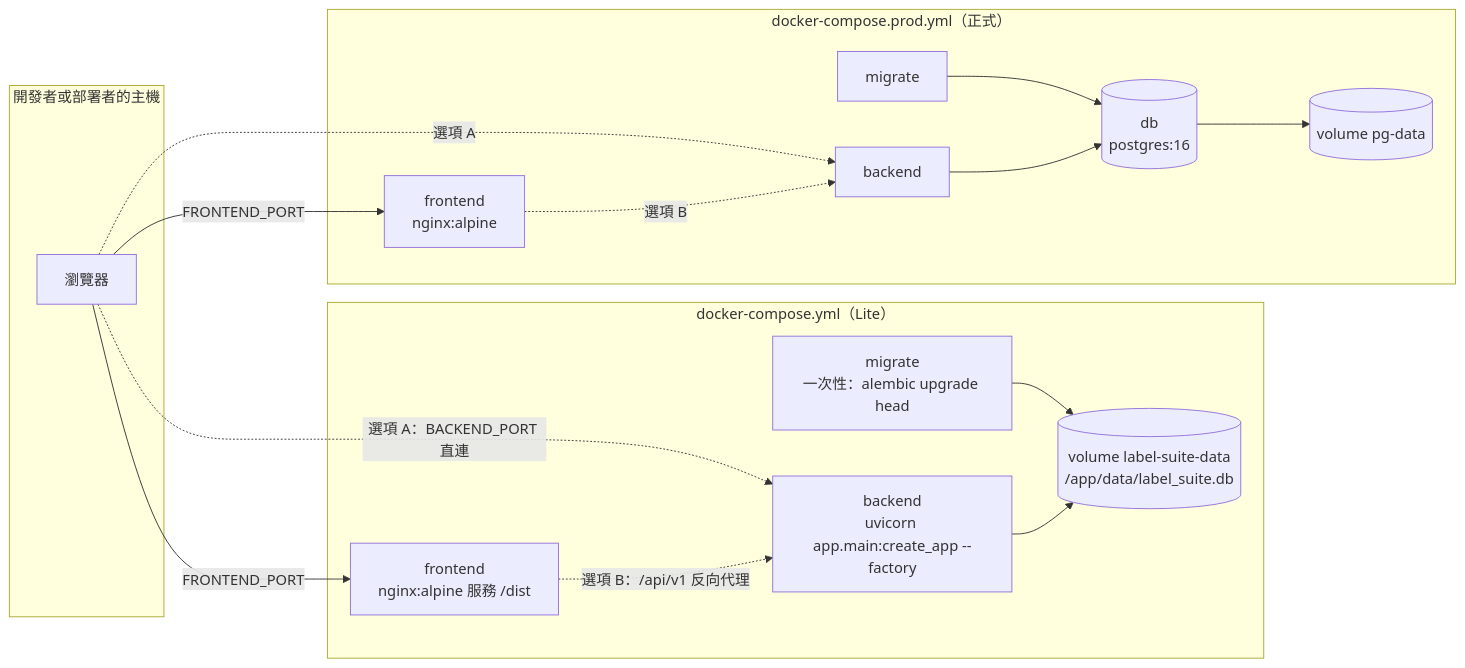
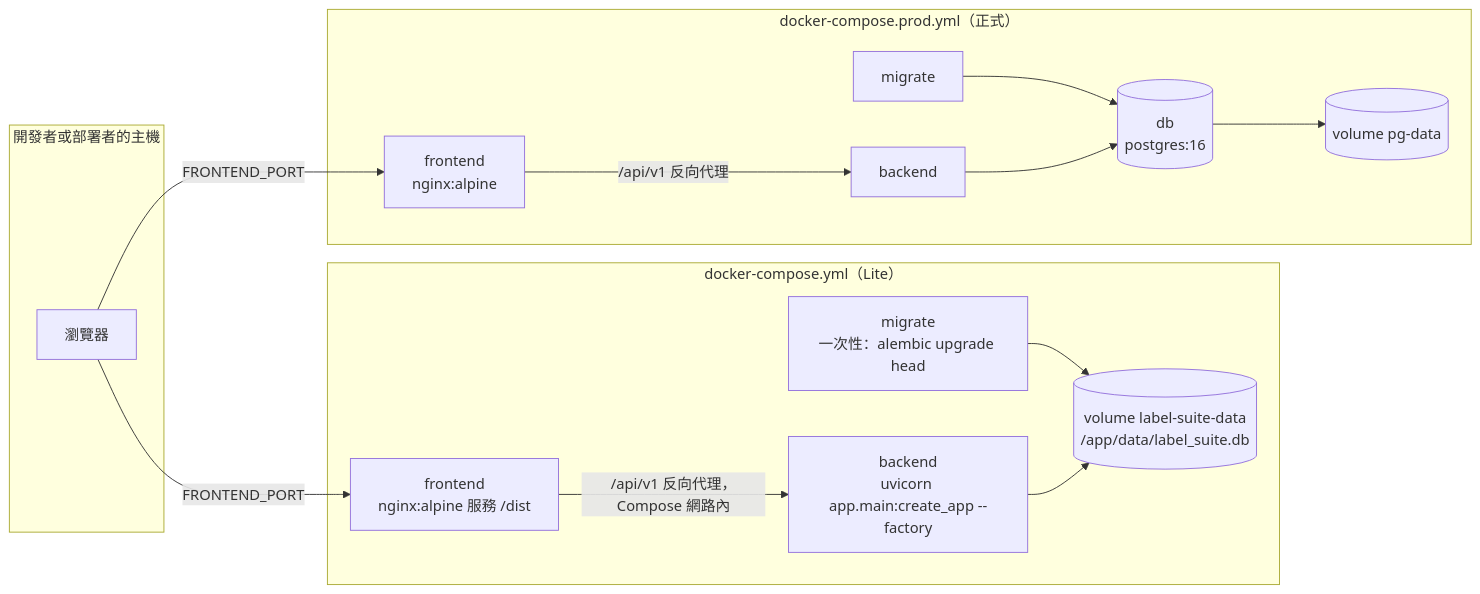
Before and after one commit to label-suite/label-suite: the second of 13 diagrams in openspec/changes/infra-compose-e2e-ci/system-design.md, drawn with Mermaid. The commit also changed other lines of this file, not shown here.

````diff
--- a/openspec/changes/infra-compose-e2e-ci/system-design.md
+++ b/openspec/changes/infra-compose-e2e-ci/system-design.md
@@ -115,30 +116,28 @@
 ```mermaid
 flowchart LR
   subgraph Host[開發者或部署者的主機]
     B[瀏覽器]
   end
   subgraph Lite[docker-compose.yml（Lite）]
     FE1[frontend<br/>nginx:alpine 服務 /dist]
     MG1[migrate<br/>一次性：alembic upgrade head]
     BE1[backend<br/>uvicorn app.main:create_app --factory]
     V1[(volume label-suite-data<br/>/app/data/label_suite.db)]
   end
   subgraph Prod[docker-compose.prod.yml（正式）]
     FE2[frontend<br/>nginx:alpine]
     MG2[migrate]
     BE2[backend]
     DB2[(db<br/>postgres:16)]
     V2[(volume pg-data)]
   end
   B -->|FRONTEND_PORT| FE1
-  B -.->|選項 A：BACKEND_PORT 直連| BE1
-  FE1 -.->|選項 B：/api/v1 反向代理| BE1
+  FE1 -->|/api/v1 反向代理，Compose 網路內| BE1
   MG1 --> V1
   BE1 --> V1
   B -->|FRONTEND_PORT| FE2
-  B -.->|選項 A| BE2
-  FE2 -.->|選項 B| BE2
+  FE2 -->|/api/v1 反向代理| BE2
   MG2 --> DB2
   BE2 --> DB2
   DB2 --> V2
 ```
````
